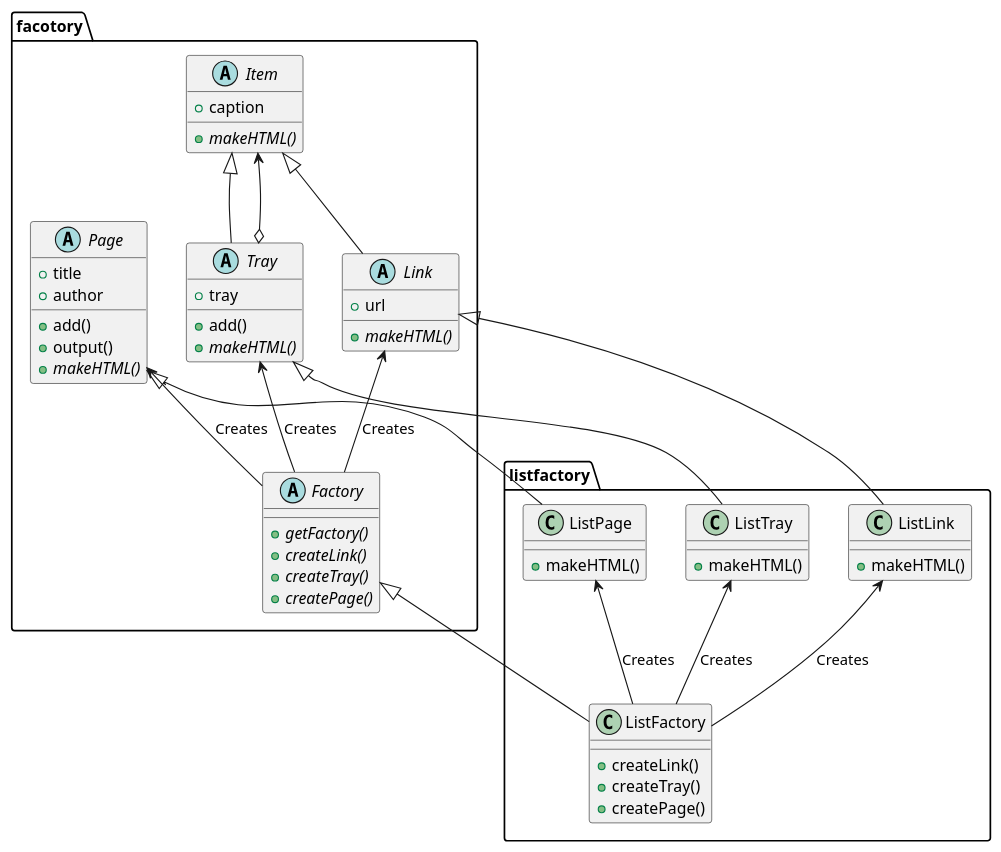
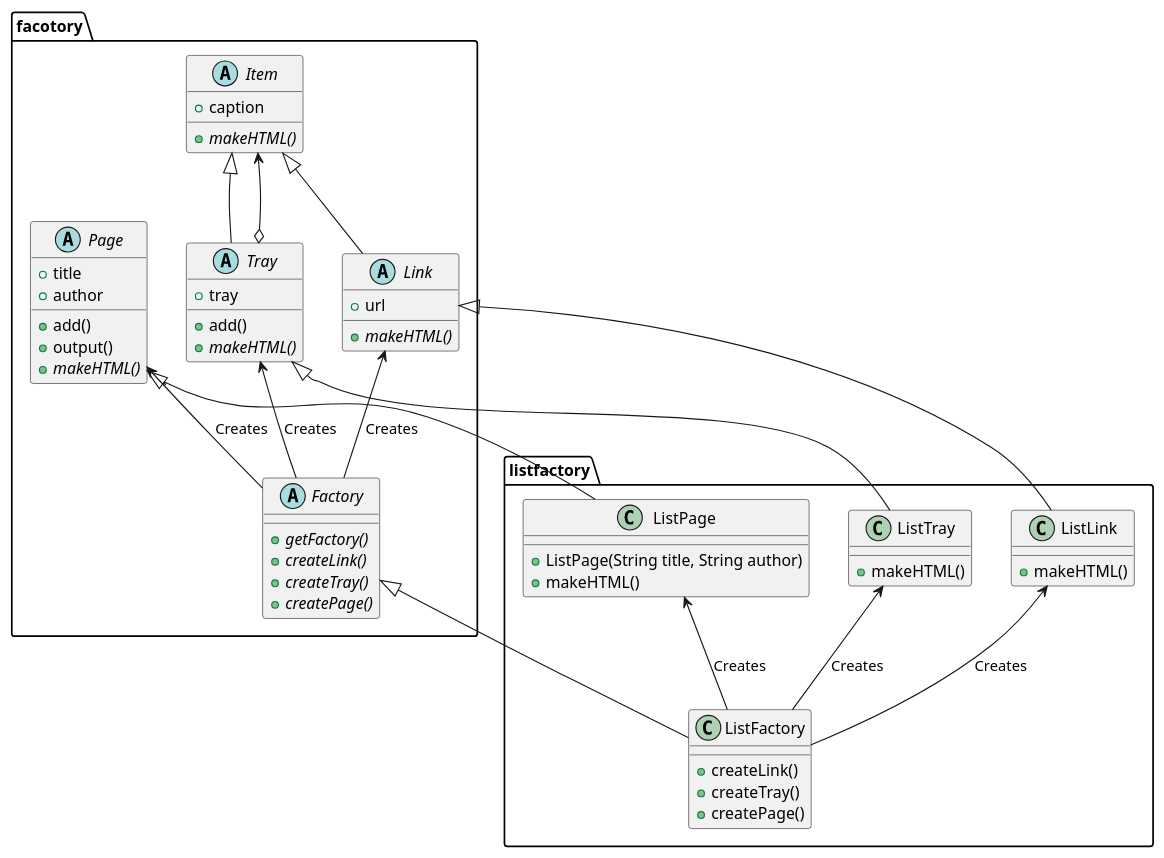
The diagram in AbstractFactory/README.md (ku2ma2/design_pattern), drawn with PlantUML before and after one commit. The commit also changed 3 other files, not shown here.

Commit message:
Add ListPage.php and test

````diff
--- a/AbstractFactory/README.md
+++ b/AbstractFactory/README.md
@@ -4,68 +4,69 @@
 ```uml
 @startuml
 
 package facotory {
     abstract Item {
         +caption
         {abstract} +makeHTML()
     }
     abstract Link {
         +url
         {abstract} +makeHTML()
     }
     abstract Tray {
         +tray
         +add()
         {abstract} +makeHTML()
     }
     abstract Page {
         +title
         +author
         +add()
         +output()
         {abstract} +makeHTML()
     }
     abstract Factory {
         {abstract} +getFactory()
         {abstract} +createLink()
         {abstract} +createTray()
         {abstract} +createPage()
     }
 }
 
 package listfactory {
 
     class ListLink {
         +makeHTML()
     }
     class ListTray {
         +makeHTML()
     }
     class ListPage {
+        +ListPage(String title, String author)
         +makeHTML()
     }
     class ListFactory {
         +createLink()
         +createTray()
         +createPage()
     }
 }
 
 
 Link -up-|> Item
 Tray -up-|> Item
 Tray o-up-> Item
 Factory -up-> Link: Creates
 Factory -up-> Tray: Creates
 Factory -up-> Page: Creates
 
 ListFactory -up-> ListLink: Creates
 ListFactory -up-> ListTray: Creates
 ListFactory -up-> ListPage: Creates
 ListFactory -up-|> Factory
 ListLink -up-|> Link
 ListTray -up-|> Tray
 ListPage -up-|> Page
 
 @enduml
 ```
````
